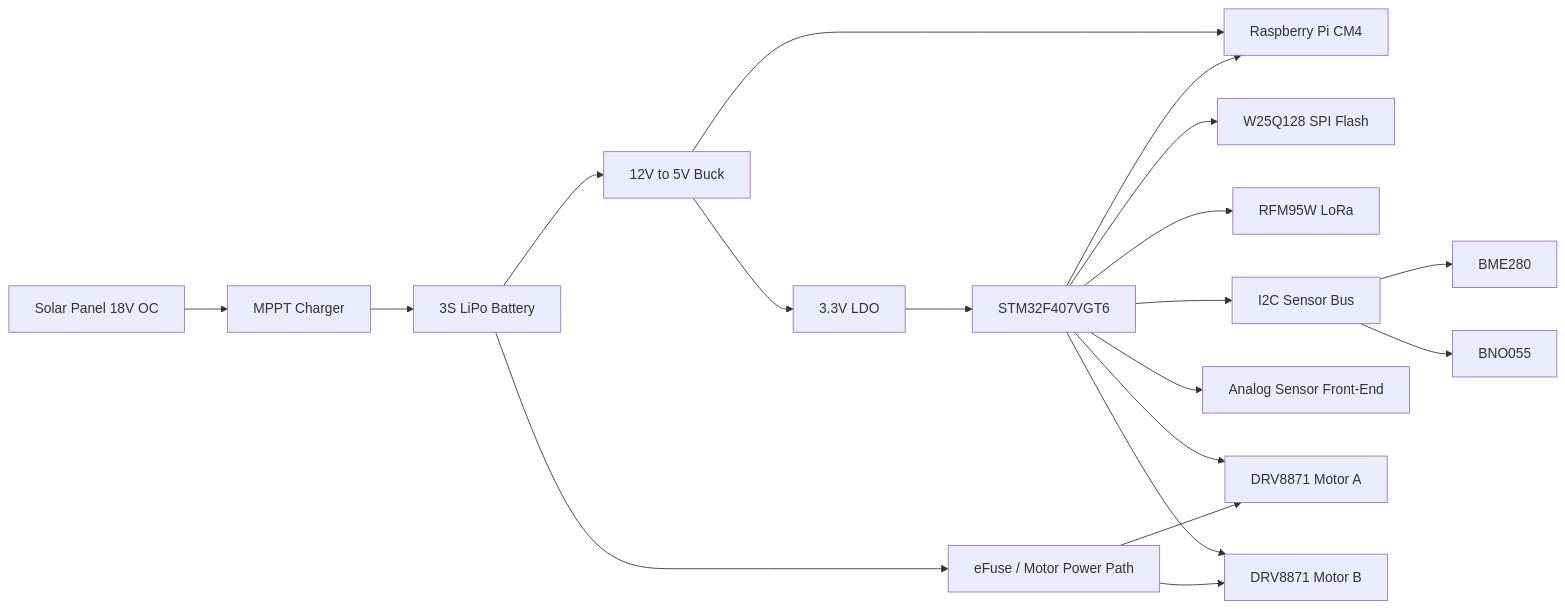
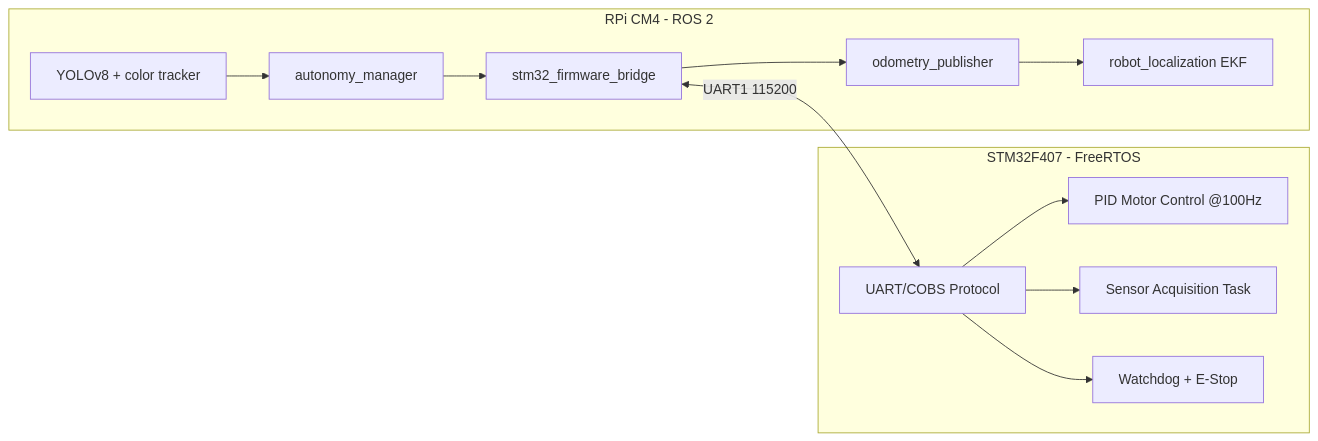
Before and after one commit to lakshya-asu/forest_surveillance_rover: the diagram in README.md, drawn with Mermaid. The commit also changed other lines of this file and 57 other files, not shown here.

````diff
--- a/README.md
+++ b/README.md
@@ -24,21 +78,27 @@
 ```mermaid
 flowchart LR
-    SP[Solar Panel 18V OC] --> MPPT[MPPT Charger]
-    BAT[3S LiPo Battery] --> EFUSE[eFuse / Motor Power Path]
-    MPPT --> BAT
-    BAT --> BUCK[12V to 5V Buck]
-    BUCK --> LDO[3.3V LDO]
-    BUCK --> CM4[Raspberry Pi CM4]
-    LDO --> MCU[STM32F407VGT6]
-    MCU --> FLASH[W25Q128 SPI Flash]
-    MCU --> LORA[RFM95W LoRa]
-    MCU --> I2C[I2C Sensor Bus]
-    I2C --> BME280[BME280]
-    I2C --> BNO055[BNO055]
-    MCU --> AFE[Analog Sensor Front-End]
-    MCU --> DRV1[DRV8871 Motor A]
-    MCU --> DRV2[DRV8871 Motor B]
-    EFUSE --> DRV1
-    EFUSE --> DRV2
-    MCU --> CM4
+        subgraph EdgeCompute[RPi CM4 - ROS 2]
+                BRIDGE[stm32_firmware_bridge]
+                ODOM[odometry_publisher]
+                EKF[robot_localization EKF]
+                AUTONOMY[autonomy_manager]
+                PERCEPTION[YOLOv8 + color tracker]
+        end
+
+        subgraph Realtime[STM32F407 - FreeRTOS]
+                UART[UART/COBS Protocol]
+                MOTOR[PID Motor Control @100Hz]
+                SENSOR[Sensor Acquisition Task]
+                SAFETY[Watchdog + E-Stop]
+        end
+
+        BRIDGE <-->|UART1 115200| UART
+        UART --> MOTOR
+        UART --> SENSOR
+        UART --> SAFETY
+
+        BRIDGE --> ODOM
+        ODOM --> EKF
+        AUTONOMY --> BRIDGE
+        PERCEPTION --> AUTONOMY
 ```
````
